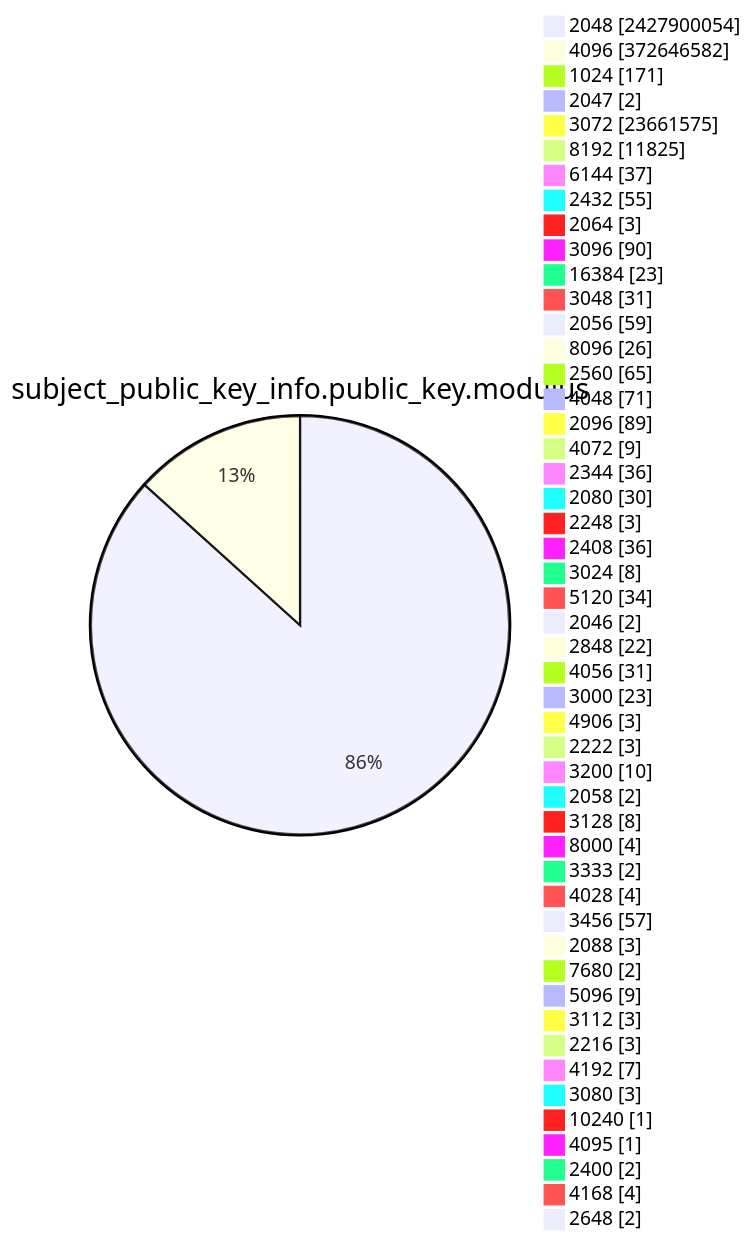
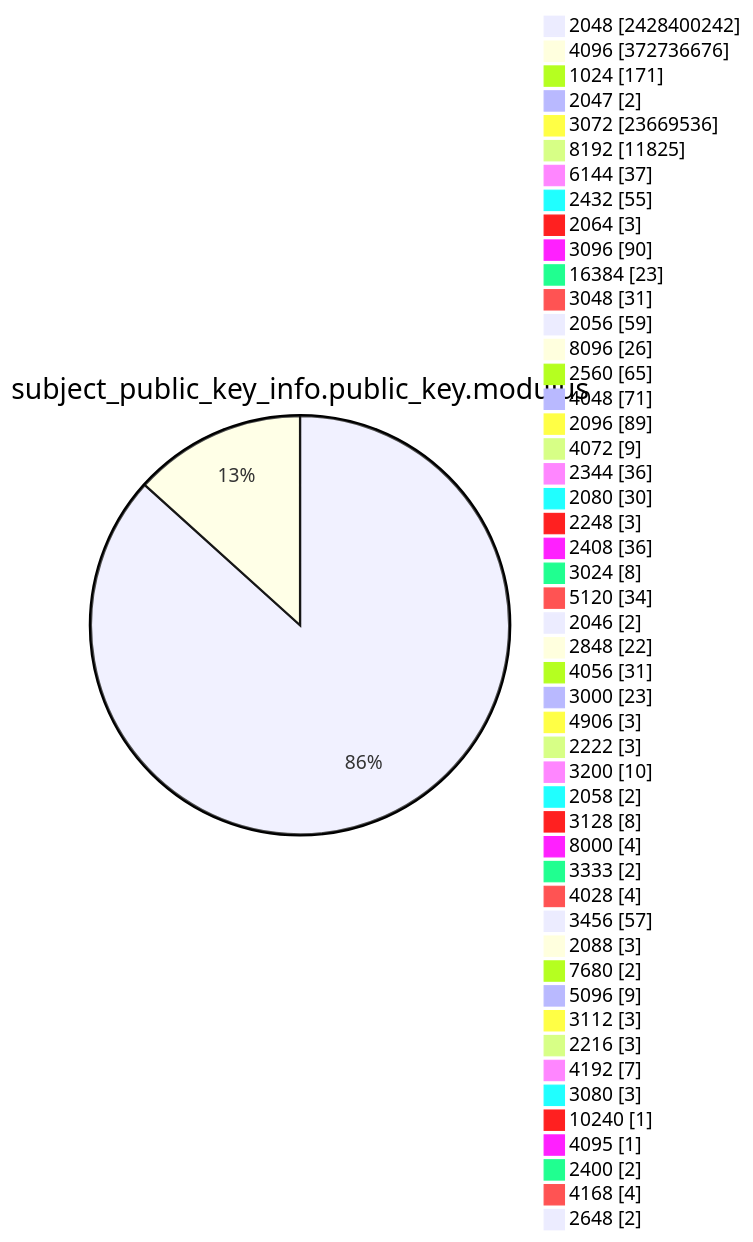
One commit to christiankrug/ctmonitor_visualization changed diagram 13 of 15 in TOTAL/README.md. Above: the diagram before and after it, drawn with Mermaid. The commit also changed other lines of this file, not shown here.

````diff
--- a/TOTAL/README.md
+++ b/TOTAL/README.md
@@ -4168,53 +4168,53 @@
 ```mermaid
 pie showData
 title subject_public_key_info.public_key.modulus
-"2048" :2427900054
-"4096" :372646582
+"2048" :2428400242
+"4096" :372736676
 "1024" :171
 "2047" :2
-"3072" :23661575
+"3072" :23669536
 "8192" :11825
 "6144" :37
 "2432" :55
 "2064" :3
 "3096" :90
 "16384" :23
 "3048" :31
 "2056" :59
 "8096" :26
 "2560" :65
 "4048" :71
 "2096" :89
 "4072" :9
 "2344" :36
 "2080" :30
 "2248" :3
 "2408" :36
 "3024" :8
 "5120" :34
 "2046" :2
 "2848" :22
 "4056" :31
 "3000" :23
 "4906" :3
 "2222" :3
 "3200" :10
 "2058" :2
 "3128" :8
 "8000" :4
 "3333" :2
 "4028" :4
 "3456" :57
 "2088" :3
 "7680" :2
 "5096" :9
 "3112" :3
 "2216" :3
 "4192" :7
 "3080" :3
 "10240" :1
 "4095" :1
 "2400" :2
 "4168" :4
 "2648" :2
 ```
````
